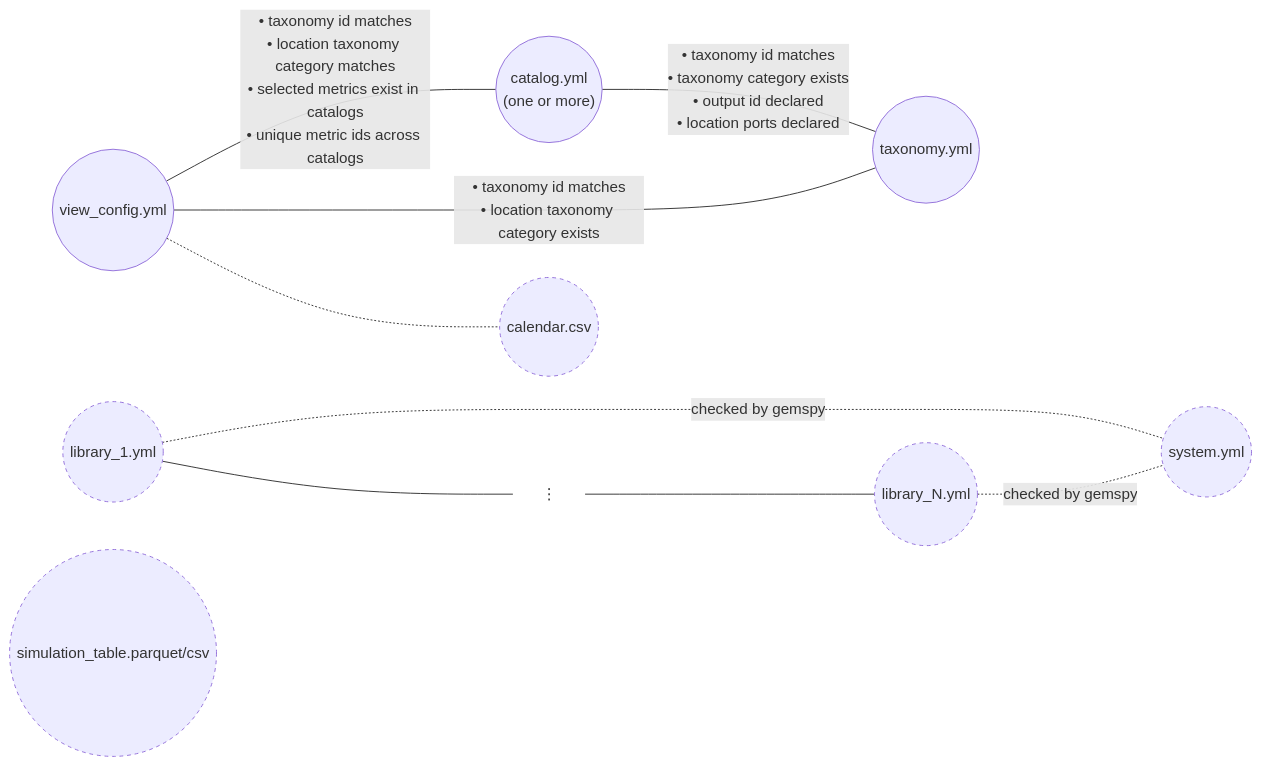
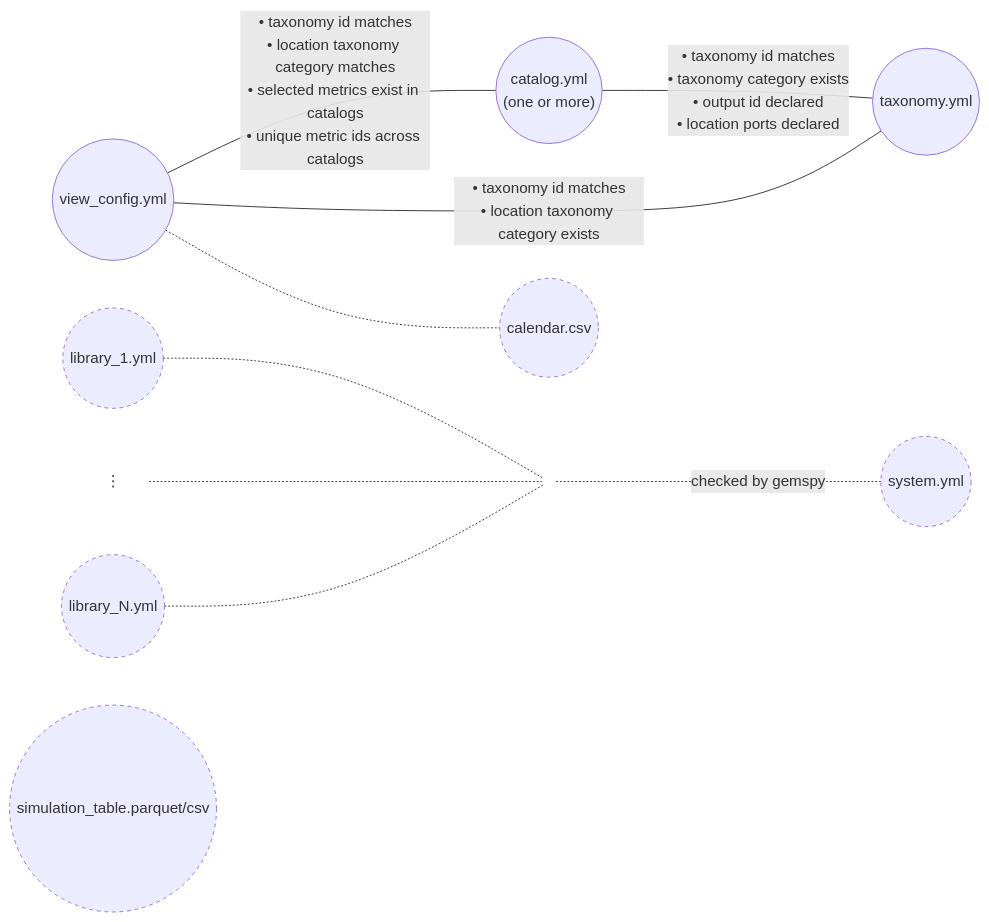
Before and after one commit to AntaresSimulatorTeam/GEMS-ViewsBuilder: the diagram in docs/input_validation_diagram.md, drawn with Mermaid.

Commit message:
refactor(docs): enhance input validation diagram for clarity
- Updated the input validation diagram to include a new node for library_join, improving the representation of relationships between library files and the system.
- Adjusted the edges to reflect the validation checks more accurately, enhancing the overall clarity of the diagram.

````diff
--- a/docs/input_validation_diagram.md
+++ b/docs/input_validation_diagram.md
@@ -6,26 +6,28 @@
 ```mermaid
 graph LR
     catalog(("catalog.yml<br/>(one or more)"))
     taxonomy(("taxonomy.yml"))
     view_config(("view_config.yml"))
     library_1(("library_1.yml"))
     library_dots["⋮"]
     library_n(("library_N.yml"))
+    library_join((" "))
     system(("system.yml"))
     simulation_table(("simulation_table.parquet/csv"))
     calendar(("calendar.csv"))
 
     catalog -- "• taxonomy id matches<br/>• taxonomy category exists<br/>• output id declared<br/>• location ports declared" --- taxonomy
     view_config -- "• taxonomy id matches<br/>• location taxonomy category exists" --- taxonomy
     view_config -- "• taxonomy id matches<br/>• location taxonomy category matches<br/>• selected metrics exist in catalogs<br/>• unique metric ids across catalogs" --- catalog
 
-    library_1 --- library_dots --- library_n
-    library_1 -. "checked by gemspy" .- system
-    library_n -. "checked by gemspy" .- system
+    library_1 -.- library_join
+    library_dots -.- library_join
+    library_n -.- library_join
+    library_join -. "checked by gemspy" .- system
     view_config -.- calendar
 
     classDef unvalidated stroke-dasharray: 4 4;
     classDef plain stroke: none, fill: none;
     class library_1,library_n,system,simulation_table,calendar unvalidated;
-    class library_dots plain;
+    class library_dots,library_join plain;
 ```
````
